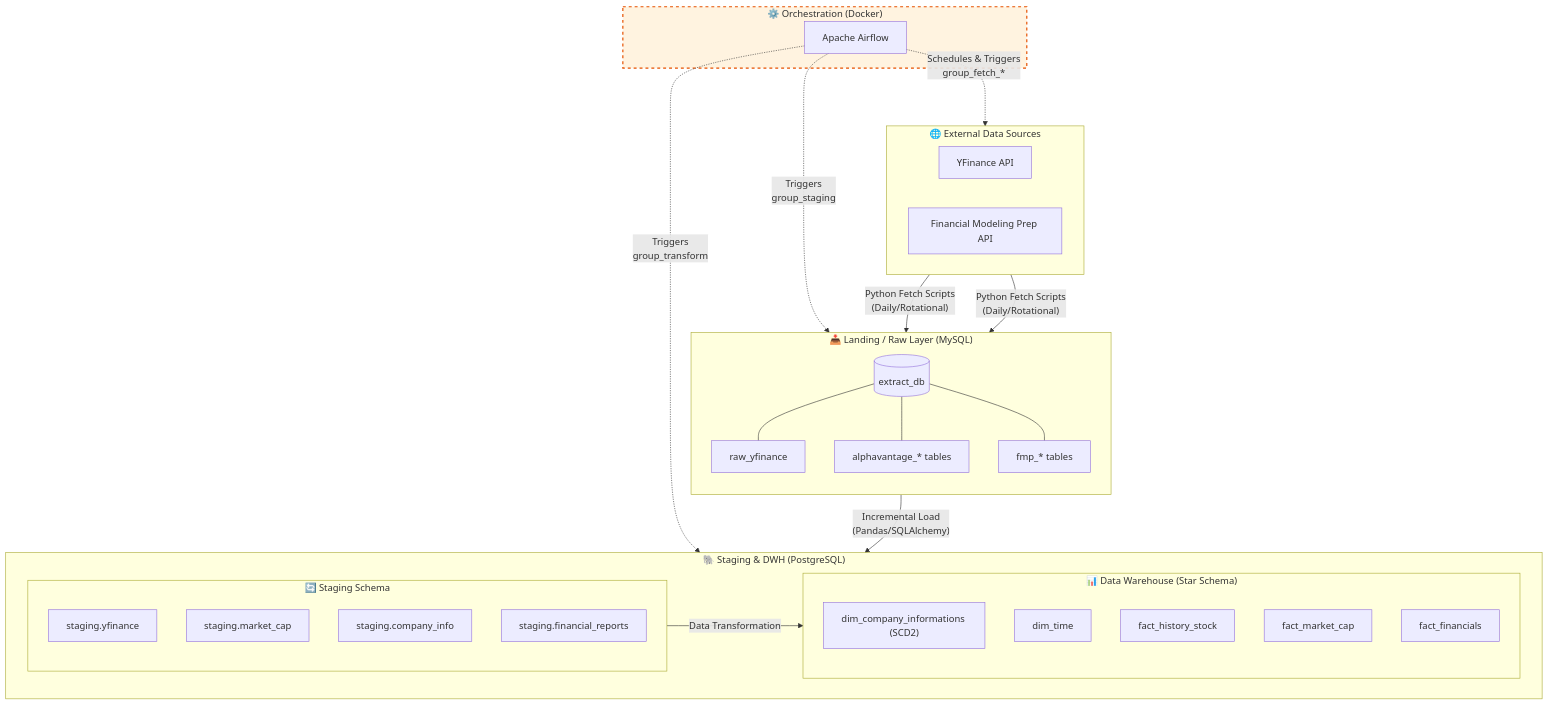
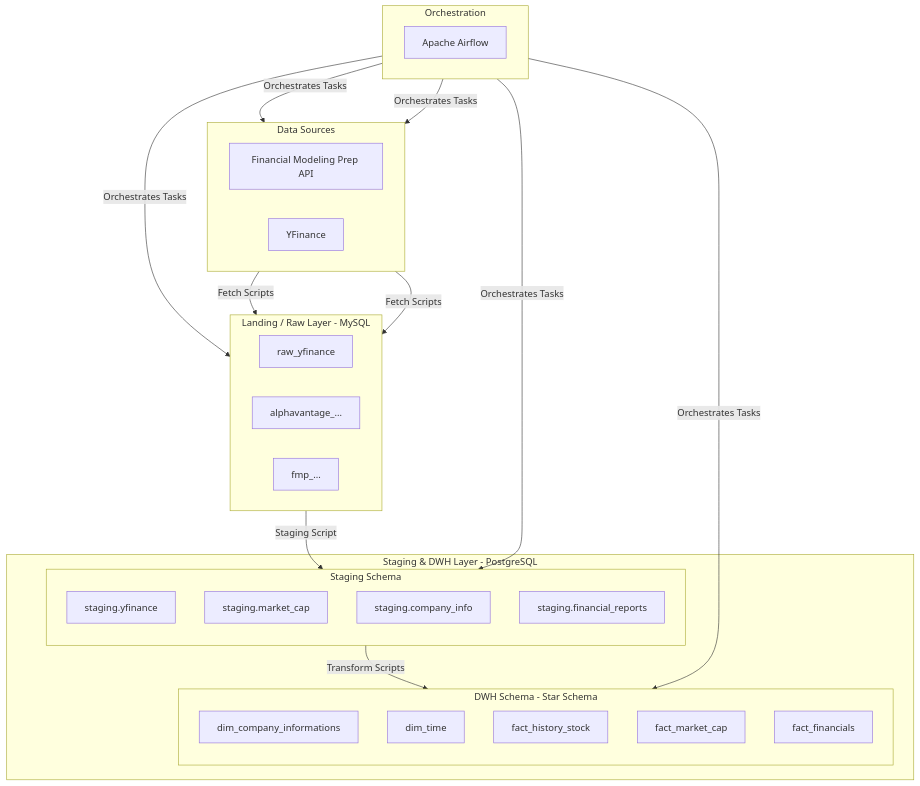
One commit to Hoawt2/building-stock-analytics-pipeline changed the diagram in README.md. Above: the diagram before and after it, drawn with Mermaid. The commit also changed other lines of this file and 2 other files, not shown here.

````diff
--- a/README.md
+++ b/README.md
@@ -17,73 +17,47 @@
 ```mermaid
-flowchart TD
-    %% Colors and Styling
-    classDef source fill:#f9f9f9,stroke:#333,stroke-width:2px;
-    classDef landing fill:#e1f5fe,stroke:#0288d1,stroke-width:2px;
-    classDef staging fill:#ede7f6,stroke:#512da8,stroke-width:2px;
-    classDef dwh fill:#e8f5e9,stroke:#388e3c,stroke-width:2px;
-    classDef orchestrator fill:#fff3e0,stroke:#e65100,stroke-width:2px,stroke-dasharray: 5 5;
+graph TD;
+    subgraph A[Data Sources]
+        direction LR
+        API_FMP[Financial Modeling Prep API]
+        API_YF[YFinance]
+    end
 
-    %% Orchestration
-    subgraph Orchestration["⚙️ Orchestration (Docker)"]
-        Airflow["Apache Airflow"]
+    subgraph B[Landing / Raw Layer - MySQL]
+        direction LR
+        T1[raw_yfinance]
+        T2[alphavantage_...]
+        T3[fmp_...]
     end
-    class Orchestration orchestrator
 
-    %% Data Sources
-    subgraph Sources["🌐 External Data Sources"]
-        direction LR
-        YF["YFinance API"]
-        FMP["Financial Modeling Prep API"]
-    end
-    class Sources source
-
-    %% Landing Layer
-    subgraph Landing["📥 Landing / Raw Layer (MySQL)"]
-        direction TB
-        DB_Extract[("extract_db")]
-        raw_yf["raw_yfinance"]
-        raw_alpha["alphavantage_* tables"]
-        raw_fmp["fmp_* tables"]
-        
-        DB_Extract --- raw_yf & raw_alpha & raw_fmp
-    end
-    class Landing landing
-
-    %% Staging & DWH Layer
-    subgraph Postgres["🐘 Staging & DWH (PostgreSQL)"]
-        direction LR
-        
-        subgraph Staging["🔄 Staging Schema"]
+    subgraph C[Staging & DWH Layer - PostgreSQL]
+        subgraph C1[Staging Schema]
             direction TB
-            stg_yf["staging.yfinance"]
-            stg_mc["staging.market_cap"]
-            stg_ci["staging.company_info"]
-            stg_fr["staging.financial_reports"]
+            ST1[staging.yfinance]
+            ST2[staging.market_cap]
+            ST3[staging.company_info]
+            ST4[staging.financial_reports]
         end
-        
-        subgraph DWH["📊 Data Warehouse (Star Schema)"]
+        subgraph C2[DWH Schema - Star Schema]
             direction TB
-            dim_co["dim_company_informations (SCD2)"]
-            dim_time["dim_time"]
-            fact_hs["fact_history_stock"]
-            fact_mc["fact_market_cap"]
-            fact_fin["fact_financials"]
+            D1[dim_company_informations]
+            D2[dim_time]
+            F1[fact_history_stock]
+            F2[fact_market_cap]
+            F3[fact_financials]
         end
     end
-    class Postgres staging
-    class Staging staging
-    class DWH dwh
 
-    %% Data Flow
-    YF -- "Python Fetch Scripts\n(Daily/Rotational)" --> DB_Extract
-    FMP -- "Python Fetch Scripts\n(Daily/Rotational)" --> DB_Extract
-    
-    DB_Extract -- "Incremental Load\n(Pandas/SQLAlchemy)" --> Staging
-    
-    Staging -- "Data Transformation" --> DWH
+    subgraph D[Orchestration]
+        Airflow[Apache Airflow]
+    end
 
-    %% Orchestration Links
-    Airflow -. "Schedules & Triggers\ngroup_fetch_*" .-> Sources
-    Airflow -. "Triggers\ngroup_staging" .-> Landing
-    Airflow -. "Triggers\ngroup_transform" .-> Postgres
+    API_FMP -- "Fetch Scripts" --> B;
+    API_YF -- "Fetch Scripts" --> B;
+    B -- "Staging Script" --> C1;
+    C1 -- "Transform Scripts" --> C2;
+    D -- "Orchestrates Tasks" --> API_FMP;
+    D -- "Orchestrates Tasks" --> API_YF;
+    D -- "Orchestrates Tasks" --> B;
+    D -- "Orchestrates Tasks" --> C1;
+    D -- "Orchestrates Tasks" --> C2;
 ```
````
